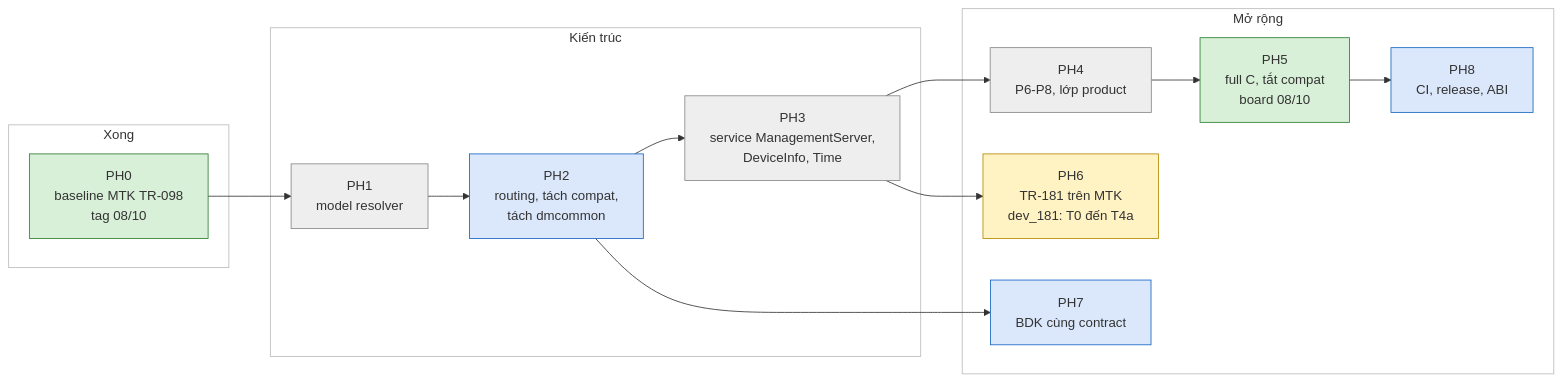
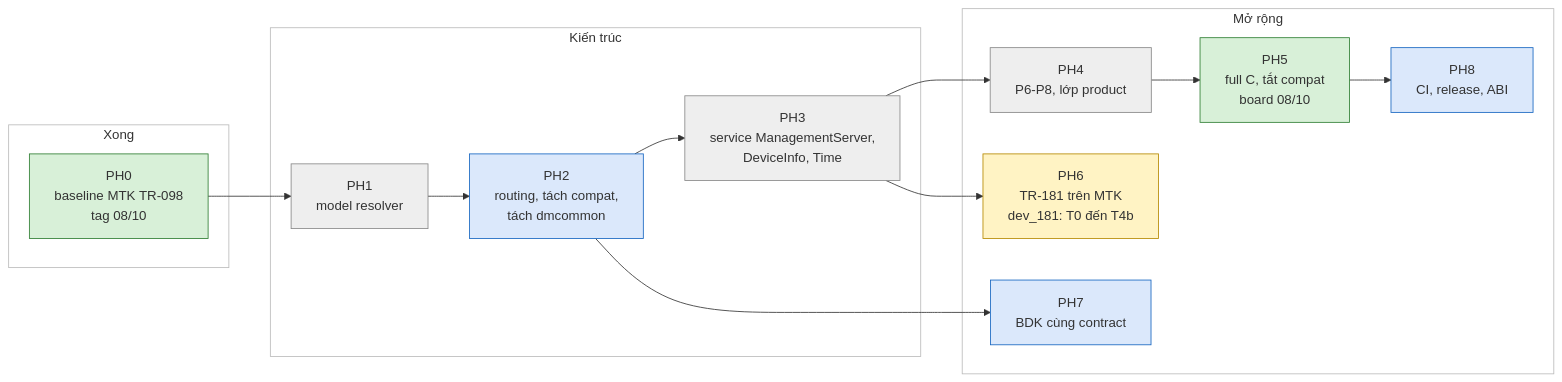
Before and after one commit to tunguyenvanbn94/icwmpMultiSdk: the diagram in docs/handover/icwmp_progress_matrix.md, drawn with Mermaid. The commit also changed other lines of this file and 16 other files, not shown here.

````diff
--- a/docs/handover/icwmp_progress_matrix.md
+++ b/docs/handover/icwmp_progress_matrix.md
@@ -17,34 +17,34 @@
 ```mermaid
 flowchart LR
     subgraph NOW["Xong"]
         PH0["PH0<br/>baseline MTK TR-098<br/>tag 08/10"]
     end
     subgraph NEXT["Kiến trúc"]
         PH1["PH1<br/>model resolver"]
         PH2["PH2<br/>routing, tách compat,<br/>tách dmcommon"]
         PH3["PH3<br/>service ManagementServer,<br/>DeviceInfo, Time"]
     end
     subgraph LATER["Mở rộng"]
         PH4["PH4<br/>P6-P8, lớp product"]
         PH5["PH5<br/>full C, tắt compat<br/>board 08/10"]
-        PH6["PH6<br/>TR-181 trên MTK<br/>dev_181: T0 đến T4a"]
+        PH6["PH6<br/>TR-181 trên MTK<br/>dev_181: T0 đến T4b"]
         PH7["PH7<br/>BDK cùng contract"]
         PH8["PH8<br/>CI, release, ABI"]
     end
     PH0 --> PH1 --> PH2 --> PH3 --> PH4 --> PH5
     PH3 --> PH6
     PH2 --> PH7
     PH5 --> PH8
     style NOW fill:#ffffff,stroke:#bbbbbb
     style NEXT fill:#ffffff,stroke:#bbbbbb
     style LATER fill:#ffffff,stroke:#bbbbbb
     style PH0 fill:#d8f0d8,stroke:#2e7d32
     style PH2 fill:#dbe8fb,stroke:#1565c0
     style PH7 fill:#dbe8fb,stroke:#1565c0
     style PH8 fill:#dbe8fb,stroke:#1565c0
     style PH1 fill:#eeeeee,stroke:#888888
     style PH3 fill:#eeeeee,stroke:#888888
     style PH4 fill:#eeeeee,stroke:#888888
     style PH5 fill:#d8f0d8,stroke:#2e7d32
     style PH6 fill:#fff3c4,stroke:#b58900
 ```
````
